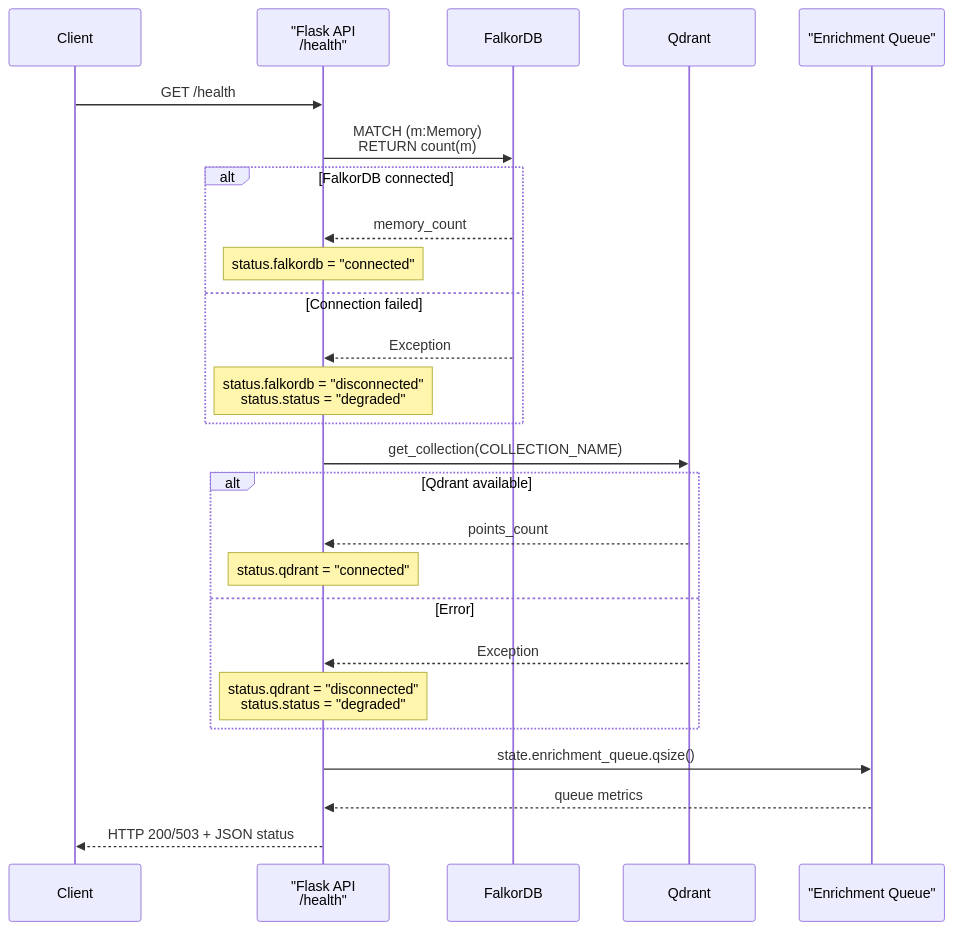
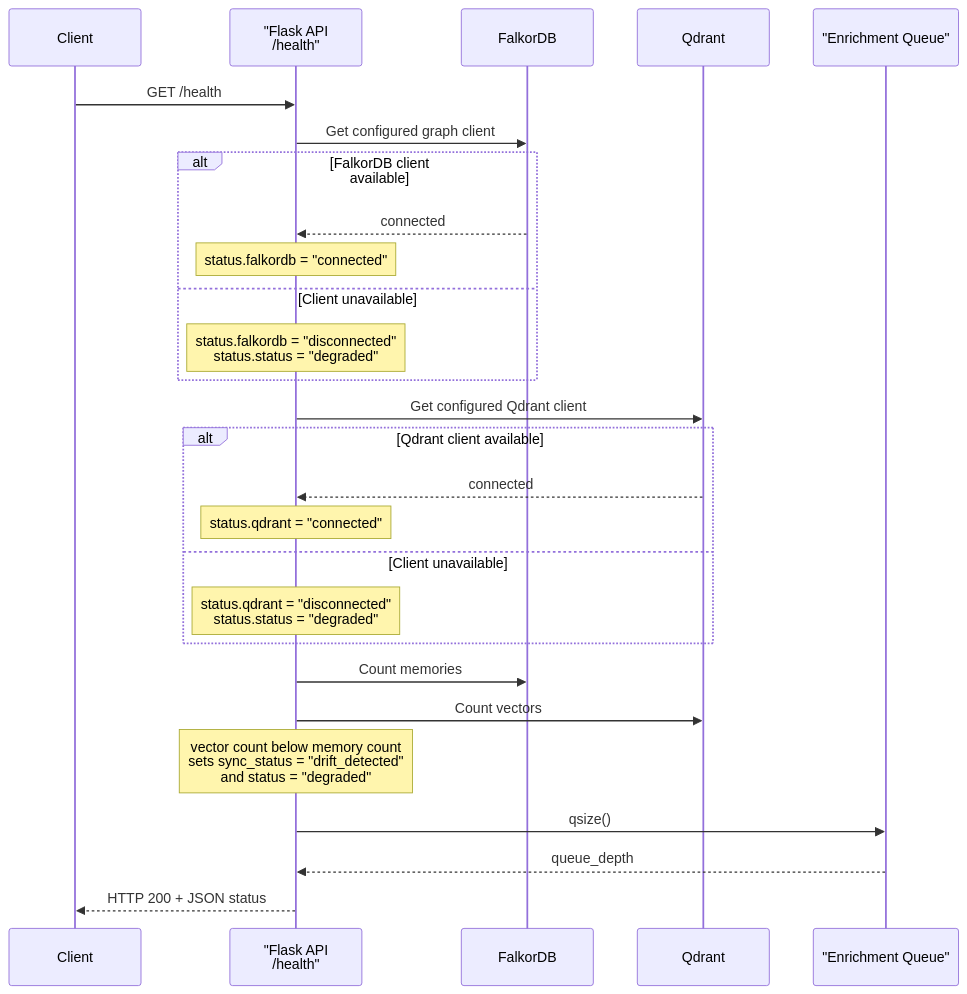
The first of 4 diagrams in src/content/docs/docs/reference/api/health.md (verygoodplugins/automem-website), drawn with Mermaid before and after one commit. The commit also changed other lines of this file and 1 other file, not shown here.

Commit message:
docs: correct health endpoint semantics (#340)

````diff
--- a/src/content/docs/docs/reference/api/health.md
+++ b/src/content/docs/docs/reference/api/health.md
@@ -41,33 +42,35 @@
 ```mermaid
 sequenceDiagram
     participant Client
     participant Flask as "Flask API<br/>/health"
     participant FalkorDB
     participant Qdrant
     participant EnrichmentQ as "Enrichment Queue"
 
     Client->>Flask: GET /health
 
-    Flask->>FalkorDB: MATCH (m:Memory)<br/>RETURN count(m)
-    alt FalkorDB connected
-        FalkorDB-->>Flask: memory_count
+    Flask->>FalkorDB: Get configured graph client
+    alt FalkorDB client available
+        FalkorDB-->>Flask: connected
         Note over Flask: status.falkordb = "connected"
-    else Connection failed
-        FalkorDB-->>Flask: Exception
+    else Client unavailable
         Note over Flask: status.falkordb = "disconnected"<br/>status.status = "degraded"
     end
 
-    Flask->>Qdrant: get_collection(COLLECTION_NAME)
-    alt Qdrant available
-        Qdrant-->>Flask: points_count
+    Flask->>Qdrant: Get configured Qdrant client
+    alt Qdrant client available
+        Qdrant-->>Flask: connected
         Note over Flask: status.qdrant = "connected"
-    else Error
-        Qdrant-->>Flask: Exception
+    else Client unavailable
         Note over Flask: status.qdrant = "disconnected"<br/>status.status = "degraded"
     end
 
-    Flask->>EnrichmentQ: state.enrichment_queue.qsize()
-    EnrichmentQ-->>Flask: queue metrics
+    Flask->>FalkorDB: Count memories
+    Flask->>Qdrant: Count vectors
+    Note over Flask: vector count below memory count<br/>sets sync_status = "drift_detected"<br/>and status = "degraded"
 
-    Flask-->>Client: HTTP 200/503 + JSON status
+    Flask->>EnrichmentQ: qsize()
+    EnrichmentQ-->>Flask: queue_depth
+
+    Flask-->>Client: HTTP 200 + JSON status
 ```
````
